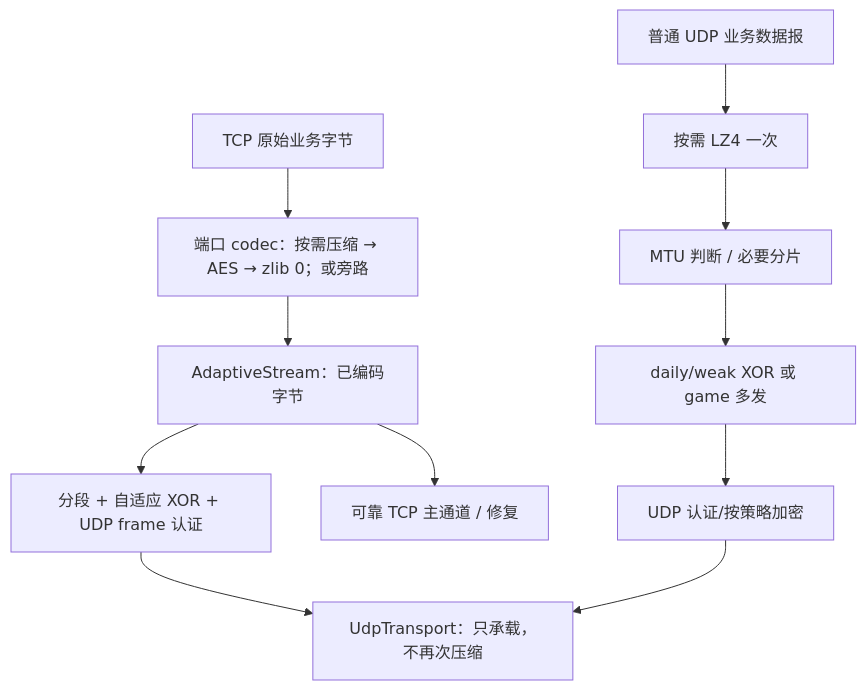
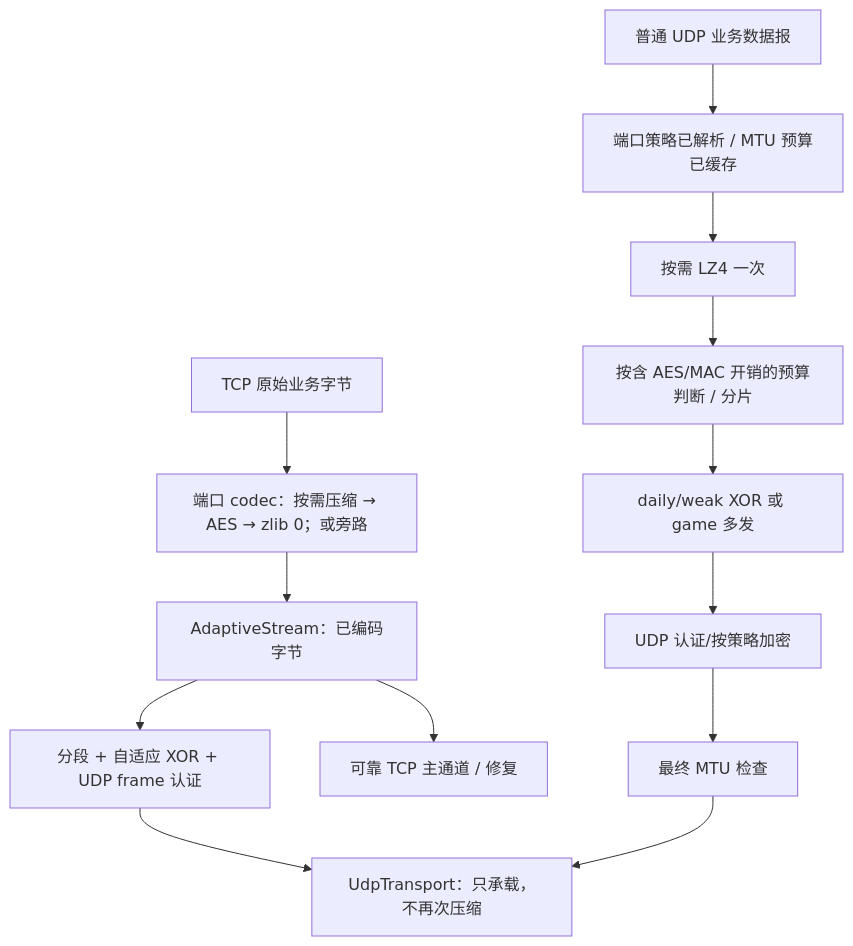
Before and after one commit to RockyLOMO/rxlib: the second of 4 diagrams in docs/rss-upstream-profile-consolidation-plan.md, drawn with Mermaid. The commit also changed other lines of this file, not shown here.

Commit message:
docs: unify UDP MTU budgets and reserve encryption overhead before fragmentation

````diff
--- a/docs/rss-upstream-profile-consolidation-plan.md
+++ b/docs/rss-upstream-profile-consolidation-plan.md
@@ -276,13 +276,15 @@
 ```mermaid
 flowchart TD
   A["TCP 原始业务字节"] --> B["端口 codec：按需压缩 → AES → zlib 0；或旁路"]
   B --> C["AdaptiveStream：已编码字节"]
   C --> D["分段 + 自适应 XOR + UDP frame 认证"]
   C --> E["可靠 TCP 主通道 / 修复"]
   D --> F["UdpTransport：只承载，不再次压缩"]
-  G["普通 UDP 业务数据报"] --> H["按需 LZ4 一次"]
-  H --> I["MTU 判断 / 必要分片"]
+  G["普通 UDP 业务数据报"] --> M["端口策略已解析 / MTU 预算已缓存"]
+  M --> H["按需 LZ4 一次"]
+  H --> I["按含 AES/MAC 开销的预算判断 / 分片"]
   I --> J["daily/weak XOR 或 game 多发"]
   J --> K["UDP 认证/按策略加密"]
-  K --> F
+  K --> V["最终 MTU 检查"]
+  V --> F
 ```
````
